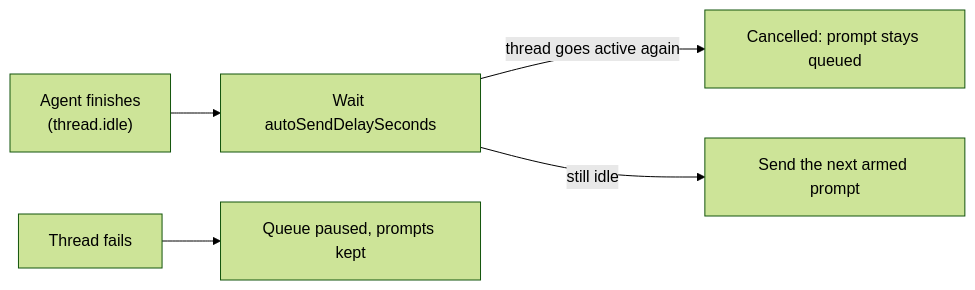
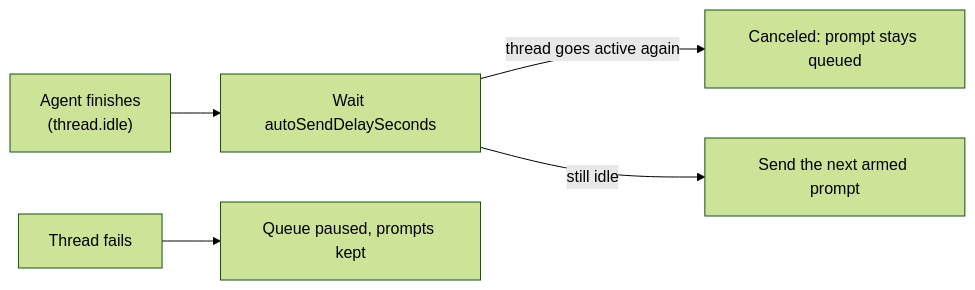
The diagram in README.md (vburojevic/bb-plugin-prompts), drawn with Mermaid (forest theme) before and after one commit.

Commit message:
Use US spelling in the auto-send diagram

````diff
--- a/README.md
+++ b/README.md
@@ -179,7 +179,7 @@
 ```mermaid
 flowchart LR
   idle["Agent finishes<br>(thread.idle)"] --> wait["Wait autoSendDelaySeconds"]
-  wait -->|"thread goes active again"| keep["Cancelled: prompt stays queued"]
+  wait -->|"thread goes active again"| keep["Canceled: prompt stays queued"]
   wait -->|"still idle"| send["Send the next armed prompt"]
   failed["Thread fails"] --> pause["Queue paused, prompts kept"]
 ```
````
